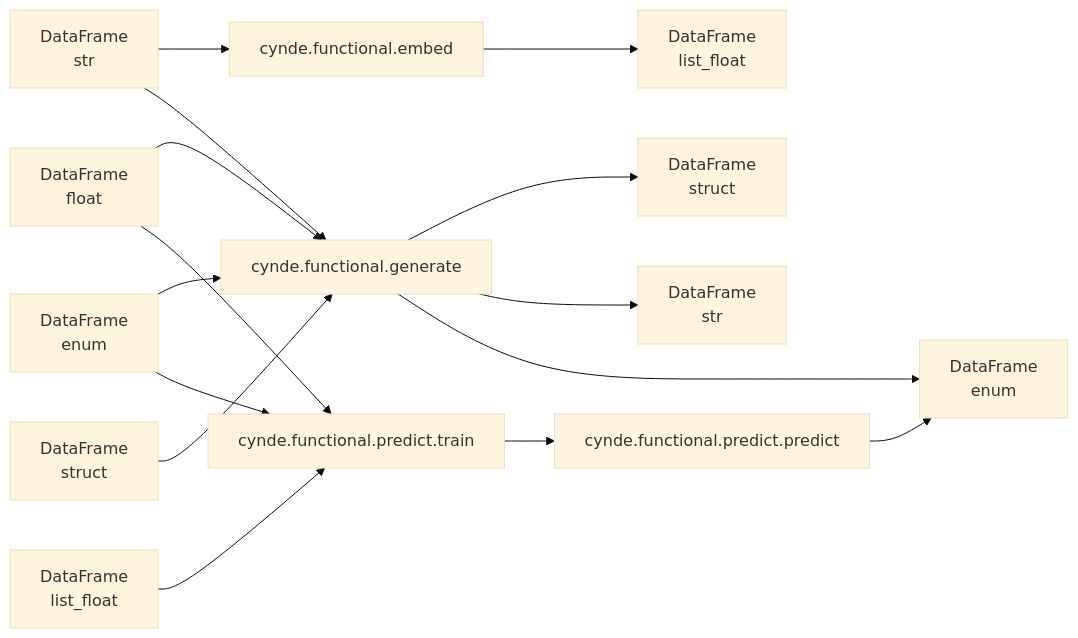
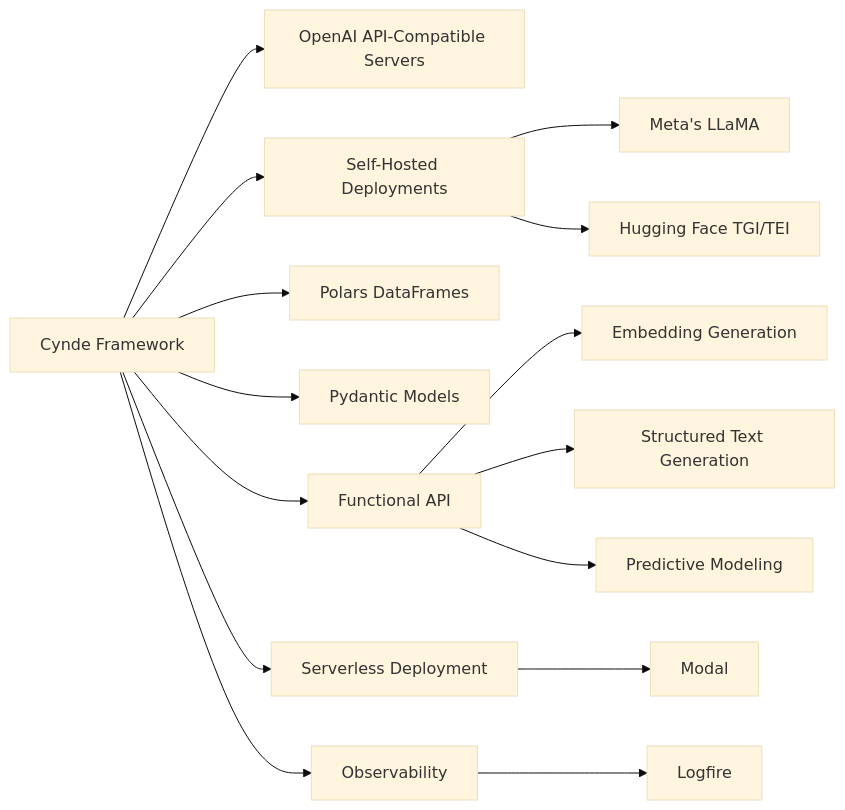
The diagram in drawings.md (Neural-Dragon-AI/Cynde), drawn with Mermaid (base theme) before and after one commit. The commit also changed other lines of this file and 1 other file, not shown here.

Commit message:
new draws

````diff
--- a/drawings.md
+++ b/drawings.md
@@ -3,20 +2,17 @@
 ```mermaid
 graph LR
-    A[DataFrame<br>str] --> B[cynde.functional.embed]
-    A --> C[cynde.functional.generate]
-    D[DataFrame<br>float] --> C
-    E[DataFrame<br>enum] --> C
-    T[DataFrame<br>struct] --> C
-    E --> F[cynde.functional.predict.train]
-    D --> F
-    G[DataFrame<br>list_float] --> F
-
-    B --> N[DataFrame<br>list_float]
-
-    C --> T2[DataFrame<br>struct]
-    C --> A2[DataFrame<br>str]
-    C --> E2[DataFrame<br>enum]
-
-    F --> X[cynde.functional.predict.predict]
-    X --> E2
+    A[Cynde Framework] --> B[OpenAI API-Compatible Servers]
+    A --> C[Self-Hosted Deployments]
+    C --> D[Meta's LLaMA]
+    C --> E[Hugging Face TGI/TEI]
+    A --> F[Polars DataFrames]
+    A --> G[Pydantic Models]
+    A --> H[Functional API]
+    H --> I[Embedding Generation]
+    H --> J[Structured Text Generation]
+    H --> K[Predictive Modeling]
+    A --> L[Serverless Deployment]
+    L --> M[Modal]
+    A --> N[Observability]
+    N --> O[Logfire]
 ```
````
